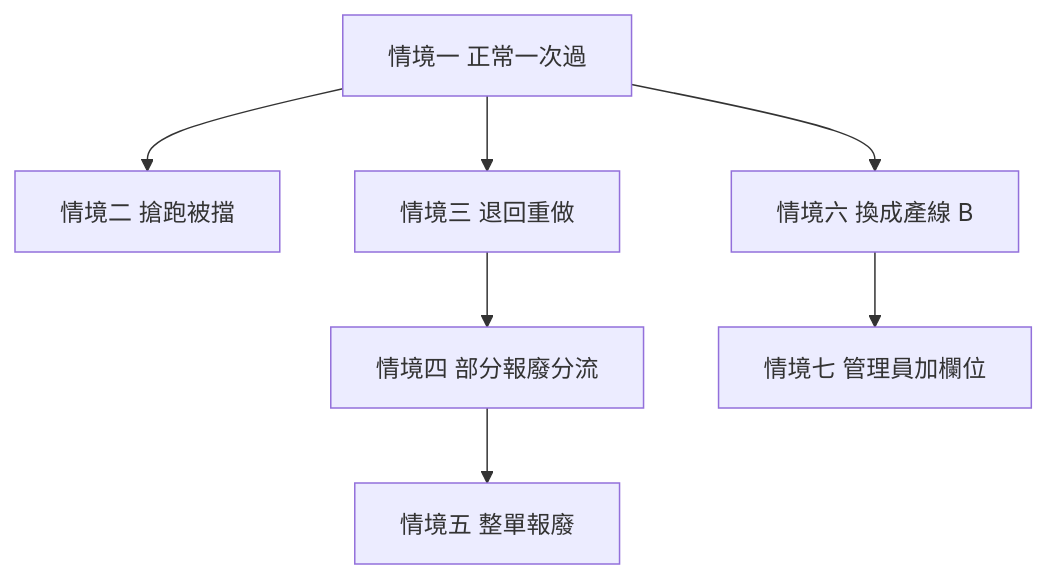
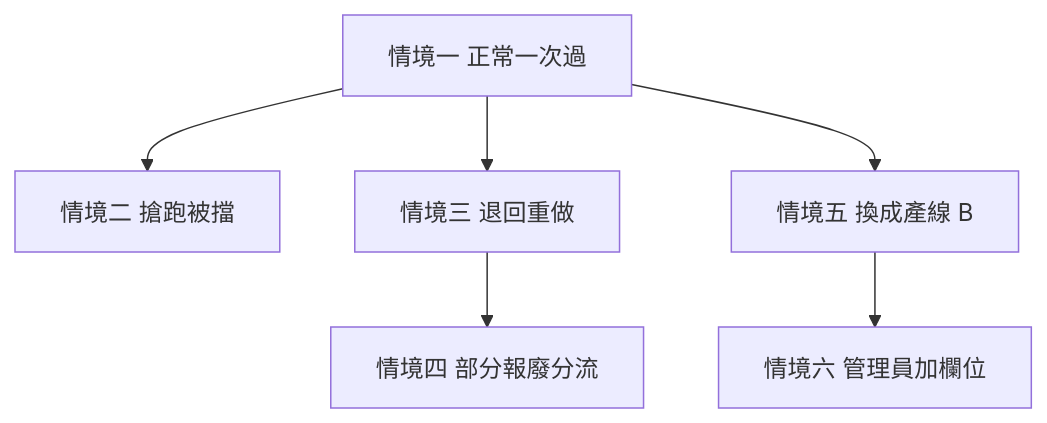
Before and after one commit to benchen216/mes-react-frontend: the first of 9 diagrams in specs/001-mes-shopfloor/spec-flows.md, drawn with Mermaid. The commit also changed other lines of this file and 14 other files, not shown here.

````diff
--- a/specs/001-mes-shopfloor/spec-flows.md
+++ b/specs/001-mes-shopfloor/spec-flows.md
@@ -13,9 +13,8 @@
 ```mermaid
 flowchart TD
   S1[情境一 正常一次過] --> S2[情境二 搶跑被擋]
   S1 --> S3[情境三 退回重做]
   S3 --> S4[情境四 部分報廢分流]
-  S4 --> S5[情境五 整單報廢]
-  S1 --> S6[情境六 換成產線 B]
-  S6 --> S7[情境七 管理員加欄位]
+  S1 --> S5[情境五 換成產線 B]
+  S5 --> S6[情境六 管理員加欄位]
 ```
````
